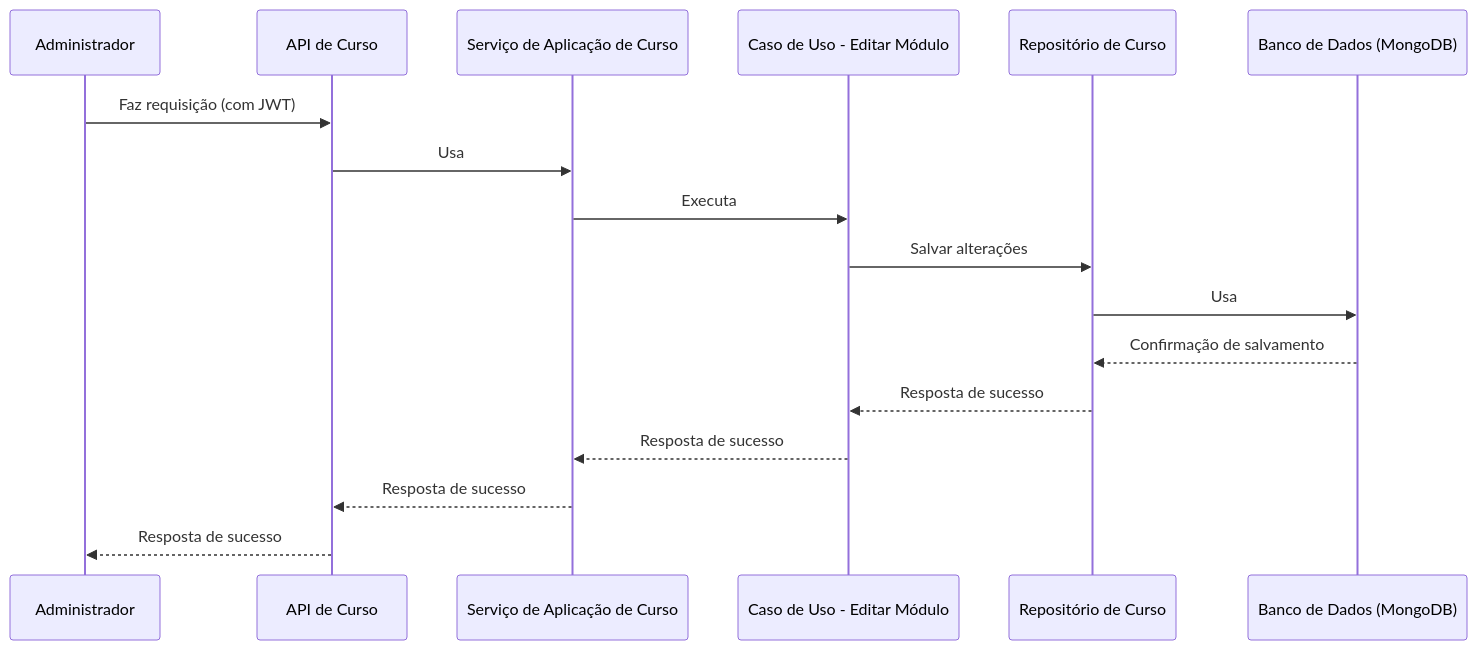
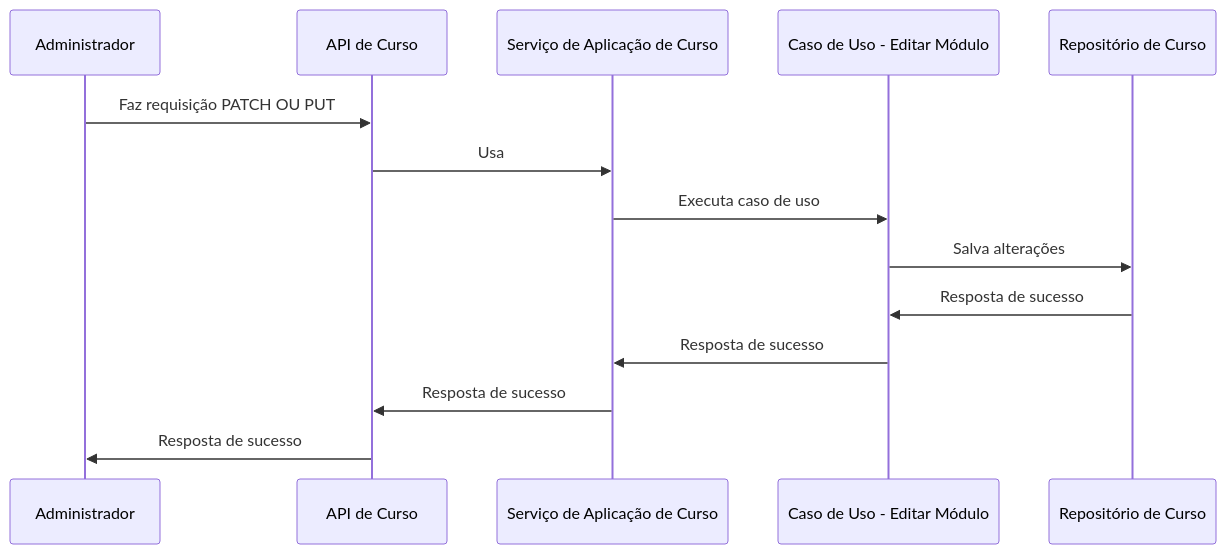
Before and after one commit to Open-3A/3A-c4-model: the seventh of 8 diagrams in C3 Components/Back-end/Módulo de curso/README.md, drawn with Mermaid. The commit also changed other lines of this file, not shown here.

Commit message:
refactor(C3): change execution flow of course module

````diff
--- a/C3 Components/Back-end/Módulo de curso/README.md
+++ b/C3 Components/Back-end/Módulo de curso/README.md
@@ -147,20 +135,17 @@
 ```mermaid
 sequenceDiagram
     participant admin as Administrador
     participant course_api as API de Curso
     participant course_service as Serviço de Aplicação de Curso
     participant edit_module_use_case as Caso de Uso - Editar Módulo
     participant course_repository as Repositório de Curso
-    participant db as Banco de Dados (MongoDB)
 
-    admin->>course_api: Faz requisição (com JWT)
+    admin->>course_api: Faz requisição PATCH OU PUT
     course_api->>course_service: Usa
-    course_service->>edit_module_use_case: Executa
-    edit_module_use_case->>course_repository: Salvar alterações
-    course_repository->>db: Usa
-    db-->>course_repository: Confirmação de salvamento
-    course_repository-->>edit_module_use_case: Resposta de sucesso
-    edit_module_use_case-->>course_service: Resposta de sucesso
-    course_service-->>course_api: Resposta de sucesso
-    course_api-->>admin: Resposta de sucesso
+    course_service->>edit_module_use_case: Executa caso de uso
+    edit_module_use_case->>course_repository: Salva alterações
+    course_repository->>edit_module_use_case: Resposta de sucesso
+    edit_module_use_case->>course_service: Resposta de sucesso
+    course_service->>course_api: Resposta de sucesso
+    course_api->>admin: Resposta de sucesso
 ```
````
